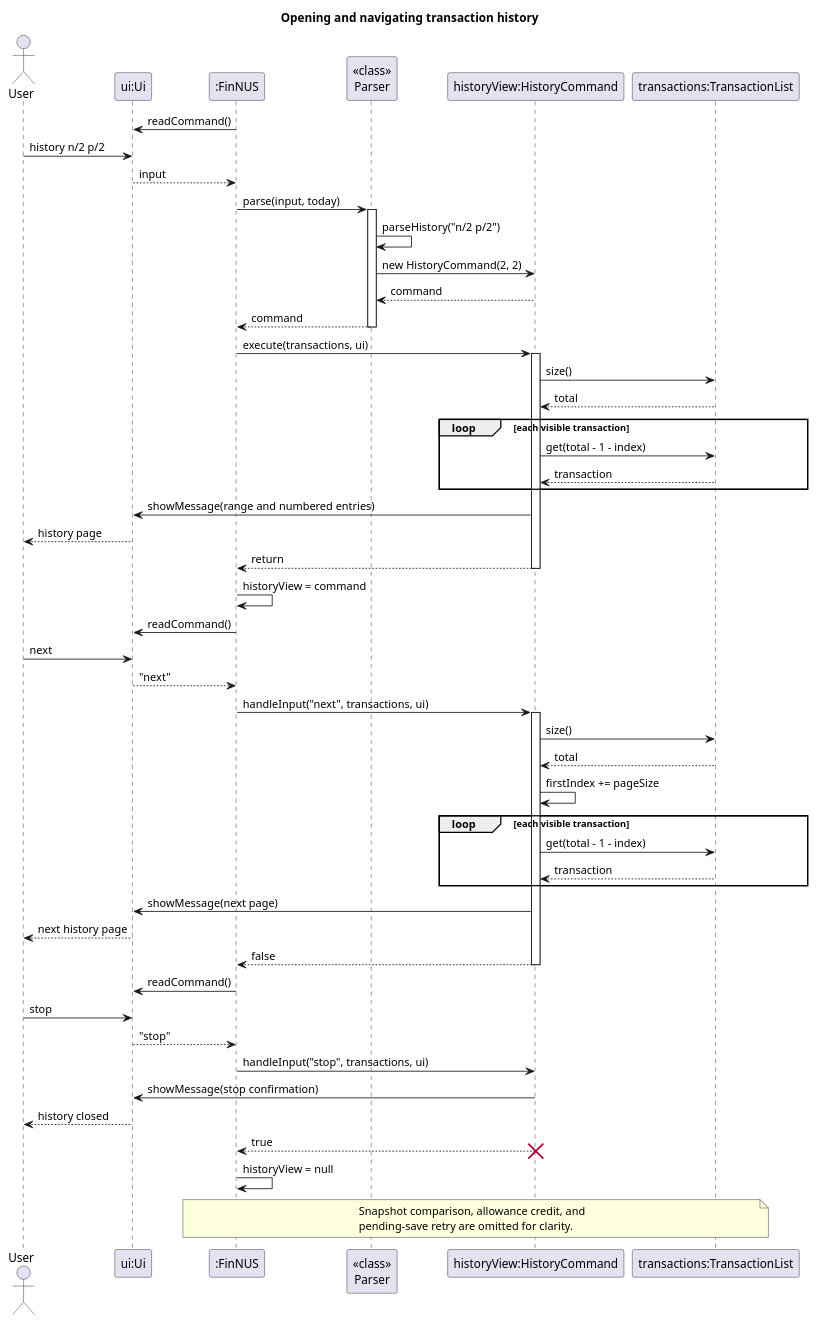
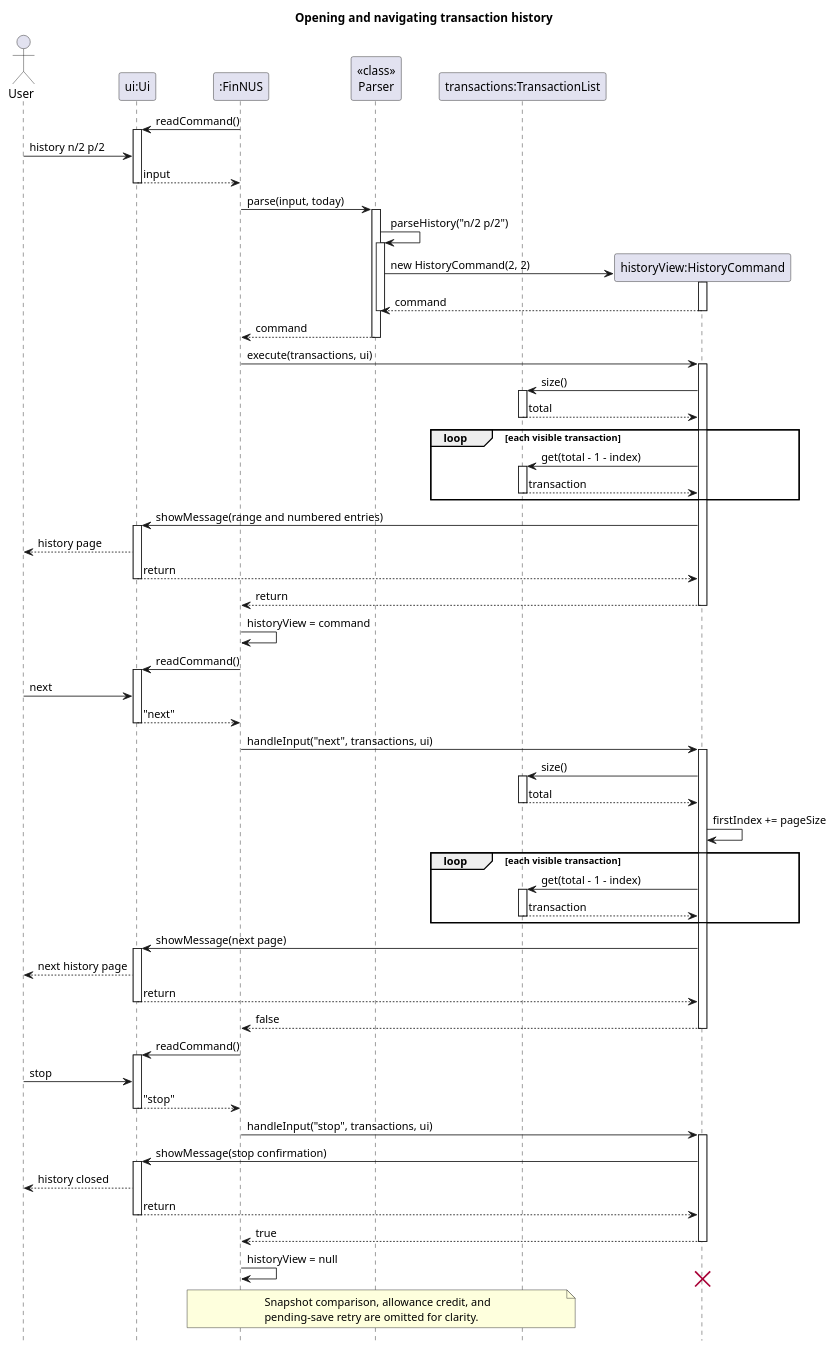
One commit to AY2627S1-CS2113-W13-2/tp changed the diagram in docs/diagrams/HistorySequenceDiagram.puml. Above: the diagram before and after it, drawn with PlantUML. The commit also changed 1 other file, not shown here.

Commit message:
Improve clarity of HistorySequenceDiagram

```diff
--- a/docs/diagrams/HistorySequenceDiagram.puml
+++ b/docs/diagrams/HistorySequenceDiagram.puml
@@ -1,69 +1,99 @@
 @startuml HistorySequenceDiagram
 ' @@author nkyjStar
 ' Assumes at least five recorded transactions so next has a page to show.
 title Opening and navigating transaction history
 skinparam shadowing false
+hide footbox
 
 actor User
 participant "ui:Ui" as Ui
 participant ":FinNUS" as App
 participant "<<class>>\nParser" as Parser
-participant "historyView:HistoryCommand" as History
 participant "transactions:TransactionList" as Ledger
 
 App -> Ui: readCommand()
+activate Ui
 User -> Ui: history n/2 p/2
 Ui --> App: input
+deactivate Ui
 App -> Parser: parse(input, today)
 activate Parser
 Parser -> Parser: parseHistory("n/2 p/2")
+activate Parser
+create "historyView:HistoryCommand" as History
 Parser -> History: new HistoryCommand(2, 2)
+activate History
 History --> Parser: command
+deactivate History
+deactivate Parser
 Parser --> App: command
 deactivate Parser
 App -> History: execute(transactions, ui)
 activate History
 History -> Ledger: size()
+activate Ledger
 Ledger --> History: total
+deactivate Ledger
 loop each visible transaction
     History -> Ledger: get(total - 1 - index)
+    activate Ledger
     Ledger --> History: transaction
+    deactivate Ledger
 end
 History -> Ui: showMessage(range and numbered entries)
+activate Ui
 Ui --> User: history page
+Ui --> History: return
+deactivate Ui
 History --> App: return
 deactivate History
 App -> App: historyView = command
 
 App -> Ui: readCommand()
+activate Ui
 User -> Ui: next
 Ui --> App: "next"
+deactivate Ui
 App -> History: handleInput("next", transactions, ui)
 activate History
 History -> Ledger: size()
+activate Ledger
 Ledger --> History: total
+deactivate Ledger
 History -> History: firstIndex += pageSize
 loop each visible transaction
     History -> Ledger: get(total - 1 - index)
+    activate Ledger
     Ledger --> History: transaction
+    deactivate Ledger
 end
 History -> Ui: showMessage(next page)
+activate Ui
 Ui --> User: next history page
+Ui --> History: return
+deactivate Ui
 History --> App: false
 deactivate History
 
 App -> Ui: readCommand()
+activate Ui
 User -> Ui: stop
 Ui --> App: "stop"
+deactivate Ui
 App -> History: handleInput("stop", transactions, ui)
+activate History
 History -> Ui: showMessage(stop confirmation)
+activate Ui
 Ui --> User: history closed
+Ui --> History: return
+deactivate Ui
 History --> App: true
+deactivate History
+App -> App: historyView = null
 destroy History
-App -> App: historyView = null
 
 note over App, Ledger
   Snapshot comparison, allowance credit, and
   pending-save retry are omitted for clarity.
 end note
 @enduml
```
